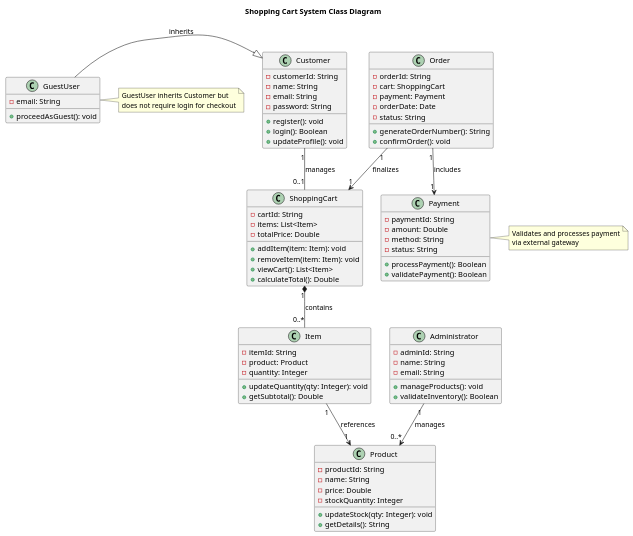
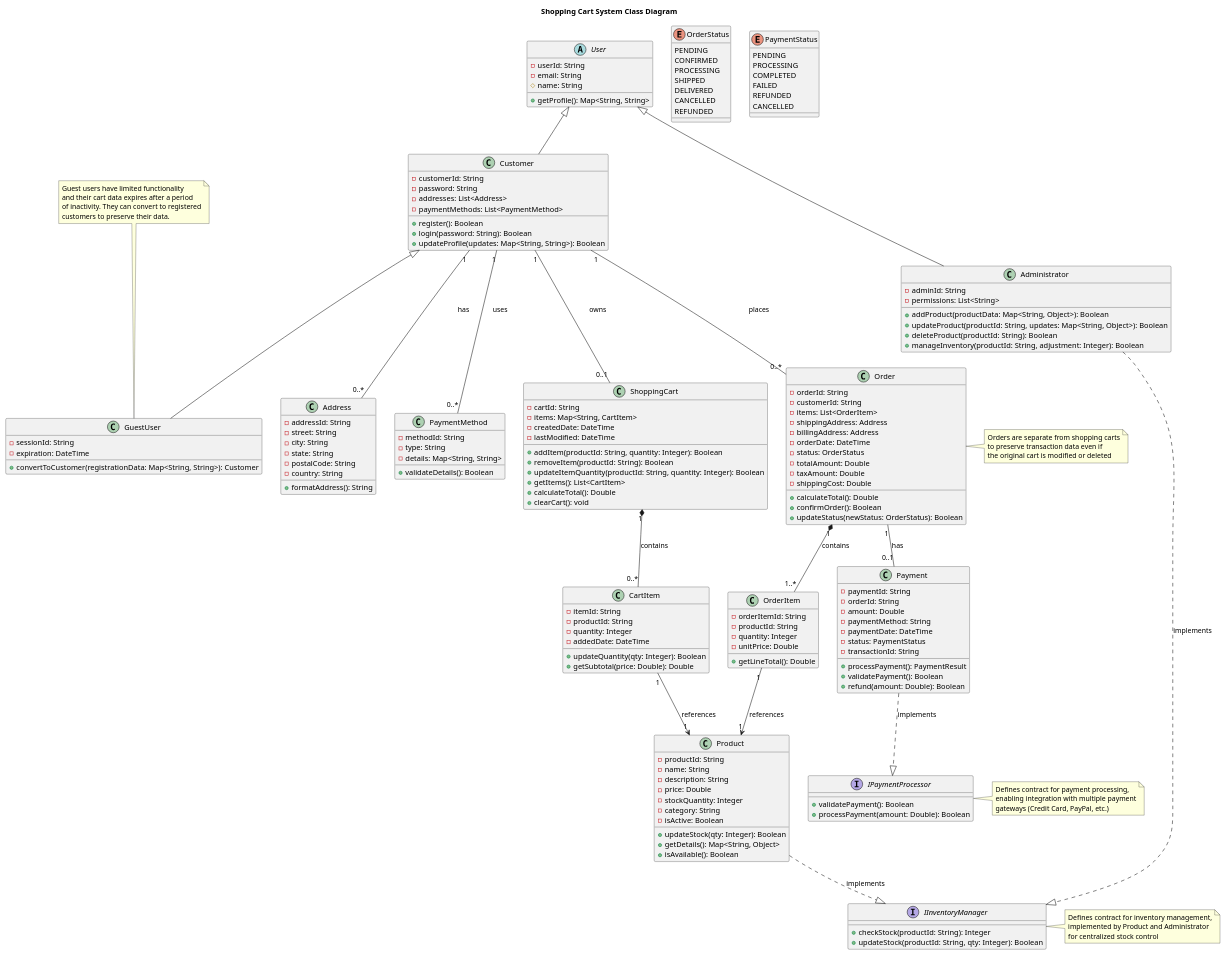
The diagram in class/ClassDiagram.md (andikatjacobdennis/UML), drawn with PlantUML before and after one commit. The commit also changed other lines of this file, not shown here.

```diff
--- a/class/ClassDiagram.md
+++ b/class/ClassDiagram.md
@@ -125,94 +150,201 @@
 ' Title
 title Shopping Cart System Class Diagram
 
+' Interfaces
+interface IPaymentProcessor {
+  +validatePayment(): Boolean
+  +processPayment(amount: Double): Boolean
+}
+
+interface IInventoryManager {
+  +checkStock(productId: String): Integer
+  +updateStock(productId: String, qty: Integer): Boolean
+}
+
+' Abstract Classes
+abstract class User {
+  -userId: String
+  -email: String
+  #name: String
+  +getProfile(): Map<String, String>
+}
+
 ' Classes
 class Customer {
   -customerId: String
-  -name: String
-  -email: String
   -password: String
-  +register(): void
-  +login(): Boolean
-  +updateProfile(): void
+  -addresses: List<Address>
+  -paymentMethods: List<PaymentMethod>
+  +register(): Boolean
+  +login(password: String): Boolean
+  +updateProfile(updates: Map<String, String>): Boolean
 }
 
 class GuestUser {
-  -email: String
-  +proceedAsGuest(): void
+  -sessionId: String
+  -expiration: DateTime
+  +convertToCustomer(registrationData: Map<String, String>): Customer
 }
 
 class ShoppingCart {
   -cartId: String
-  -items: List<Item>
-  -totalPrice: Double
-  +addItem(item: Item): void
-  +removeItem(item: Item): void
-  +viewCart(): List<Item>
+  -items: Map<String, CartItem>
+  -createdDate: DateTime
+  -lastModified: DateTime
+  +addItem(productId: String, quantity: Integer): Boolean
+  +removeItem(productId: String): Boolean
+  +updateItemQuantity(productId: String, quantity: Integer): Boolean
+  +getItems(): List<CartItem>
   +calculateTotal(): Double
+  +clearCart(): void
 }
 
-class Item {
+class CartItem {
   -itemId: String
-  -product: Product
+  -productId: String
   -quantity: Integer
-  +updateQuantity(qty: Integer): void
-  +getSubtotal(): Double
+  -addedDate: DateTime
+  +updateQuantity(qty: Integer): Boolean
+  +getSubtotal(price: Double): Double
 }
 
 class Product {
   -productId: String
   -name: String
+  -description: String
   -price: Double
   -stockQuantity: Integer
-  +updateStock(qty: Integer): void
-  +getDetails(): String
+  -category: String
+  -isActive: Boolean
+  +updateStock(qty: Integer): Boolean
+  +getDetails(): Map<String, Object>
+  +isAvailable(): Boolean
 }
 
 class Order {
   -orderId: String
-  -cart: ShoppingCart
-  -payment: Payment
-  -orderDate: Date
-  -status: String
-  +generateOrderNumber(): String
-  +confirmOrder(): void
+  -customerId: String
+  -items: List<OrderItem>
+  -shippingAddress: Address
+  -billingAddress: Address
+  -orderDate: DateTime
+  -status: OrderStatus
+  -totalAmount: Double
+  -taxAmount: Double
+  -shippingCost: Double
+  +calculateTotal(): Double
+  +confirmOrder(): Boolean
+  +updateStatus(newStatus: OrderStatus): Boolean
+}
+
+class OrderItem {
+  -orderItemId: String
+  -productId: String
+  -quantity: Integer
+  -unitPrice: Double
+  +getLineTotal(): Double
 }
 
 class Payment {
   -paymentId: String
+  -orderId: String
   -amount: Double
-  -method: String
-  -status: String
-  +processPayment(): Boolean
+  -paymentMethod: String
+  -paymentDate: DateTime
+  -status: PaymentStatus
+  -transactionId: String
+  +processPayment(): PaymentResult
   +validatePayment(): Boolean
+  +refund(amount: Double): Boolean
 }
 
 class Administrator {
   -adminId: String
-  -name: String
-  -email: String
-  +manageProducts(): void
-  +validateInventory(): Boolean
+  -permissions: List<String>
+  +addProduct(productData: Map<String, Object>): Boolean
+  +updateProduct(productId: String, updates: Map<String, Object>): Boolean
+  +deleteProduct(productId: String): Boolean
+  +manageInventory(productId: String, adjustment: Integer): Boolean
+}
+
+class Address {
+  -addressId: String
+  -street: String
+  -city: String
+  -state: String
+  -postalCode: String
+  -country: String
+  +formatAddress(): String
+}
+
+class PaymentMethod {
+  -methodId: String
+  -type: String
+  -details: Map<String, String>
+  +validateDetails(): Boolean
+}
+
+' Enums
+enum OrderStatus {
+  PENDING
+  CONFIRMED
+  PROCESSING
+  SHIPPED
+  DELIVERED
+  CANCELLED
+  REFUNDED
+}
+
+enum PaymentStatus {
+  PENDING
+  PROCESSING
+  COMPLETED
+  FAILED
+  REFUNDED
+  CANCELLED
 }
 
 ' Relationships
-Customer "1" -- "0..1" ShoppingCart : manages
-GuestUser -|> Customer : inherits
-ShoppingCart "1" *-- "0..*" Item : contains
-Item "1" --> "1" Product : references
-Order "1" --> "1" ShoppingCart : finalizes
-Order "1" --> "1" Payment : includes
-Administrator "1" --> "0..*" Product : manages
+User <|-- Customer
+User <|-- Administrator
+Customer <|-- GuestUser
+Customer "1" -- "0..1" ShoppingCart : owns
+Customer "1" -- "0..*" Order : places
+ShoppingCart "1" *-- "0..*" CartItem : contains
+CartItem "1" --> "1" Product : references
+Order "1" *-- "1..*" OrderItem : contains
+OrderItem "1" --> "1" Product : references
+Order "1" -- "0..1" Payment : has
+Payment ..|> IPaymentProcessor : implements
+Product ..|> IInventoryManager : implements
+Administrator ..|> IInventoryManager : implements
+Customer "1" -- "0..*" Address : has
+Customer "1" -- "0..*" PaymentMethod : uses
 
 ' Notes
-note right of GuestUser
-  GuestUser inherits Customer but
-  does not require login for checkout
+note top of GuestUser
+  Guest users have limited functionality
+  and their cart data expires after a period
+  of inactivity. They can convert to registered
+  customers to preserve their data.
 end note
 
-note right of Payment
-  Validates and processes payment
-  via external gateway
+note right of IPaymentProcessor
+  Defines contract for payment processing,
+  enabling integration with multiple payment
+  gateways (Credit Card, PayPal, etc.)
+end note
+
+note right of IInventoryManager
+  Defines contract for inventory management,
+  implemented by Product and Administrator
+  for centralized stock control
+end note
+
+note right of Order
+  Orders are separate from shopping carts
+  to preserve transaction data even if
+  the original cart is modified or deleted
 end note
 
 @enduml
```
